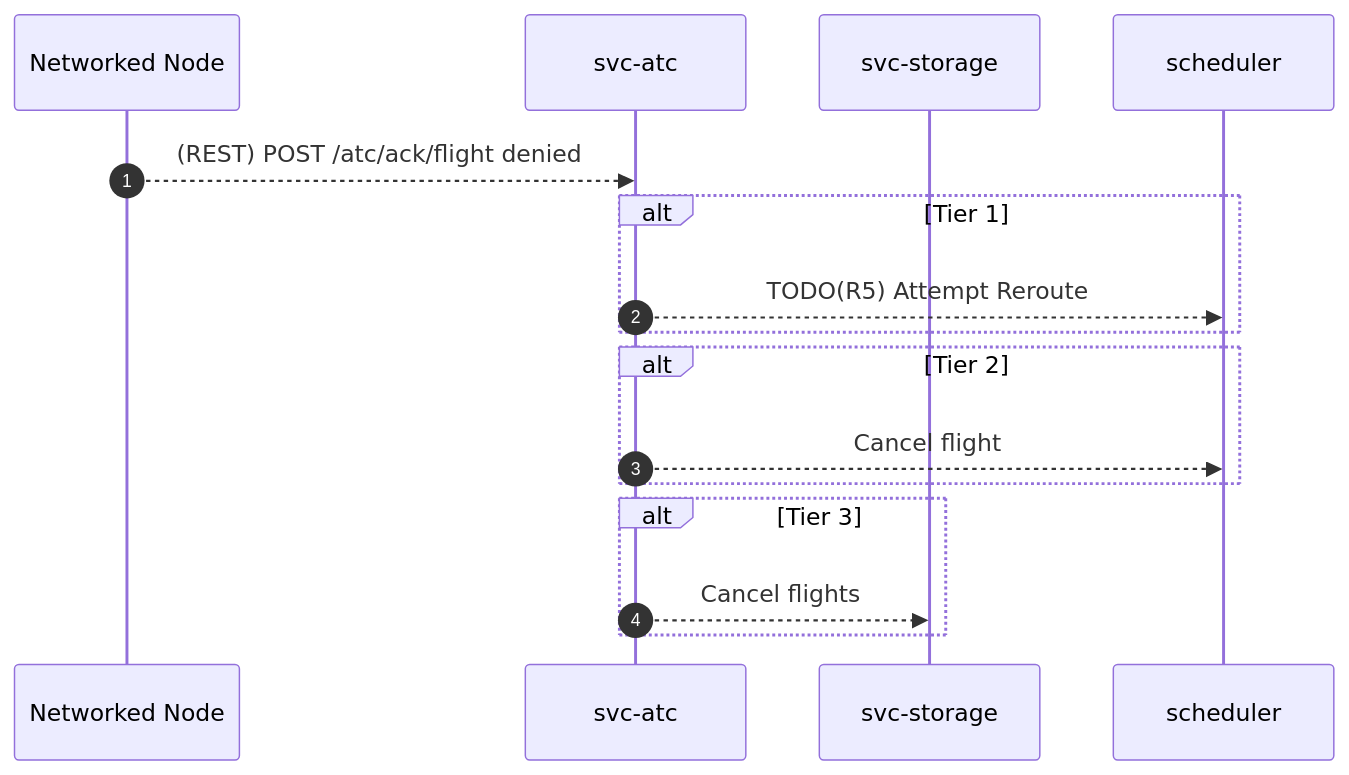
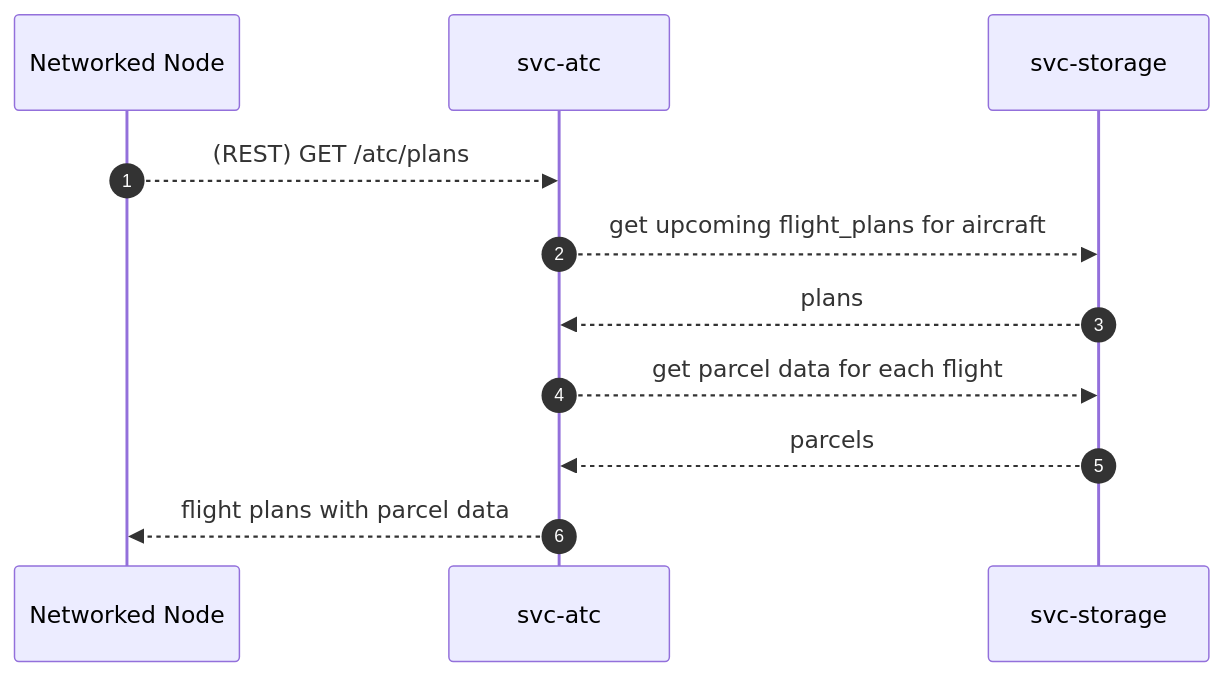
One commit to aetheric-oss/svc-atc changed the third of 3 diagrams in docs/sdd.md. Above: the diagram before and after it, drawn with Mermaid. The commit also changed other lines of this file and 13 other files, not shown here.

````diff
--- a/docs/sdd.md
+++ b/docs/sdd.md
@@ -95,17 +95,13 @@
 ```mermaid
 sequenceDiagram
     autonumber
     participant client as Networked Node
     participant service as svc-atc
     participant storage as svc-storage
-    client-->>service: (REST) POST /atc/ack/flight denied
-    alt Tier 1
-        service-->>scheduler: TODO(R5) Attempt Reroute
-    end
-    alt Tier 2
-        service-->>scheduler: Cancel flight
-    end
-    alt Tier 3
-        service-->>storage: Cancel flights
-    end
+    client-->>service: (REST) GET /atc/plans
+    service-->>storage: get upcoming flight_plans for aircraft
+    storage-->>service: plans
+    service-->>storage: get parcel data for each flight
+    storage-->>service: parcels
+    service-->>client: flight plans with parcel data
 ```
````
